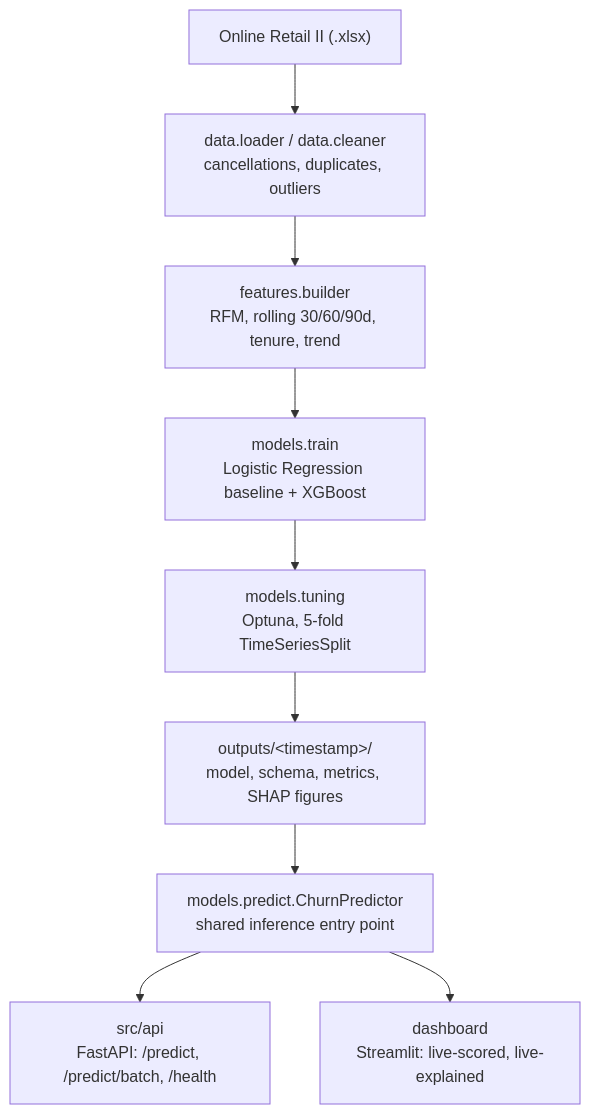
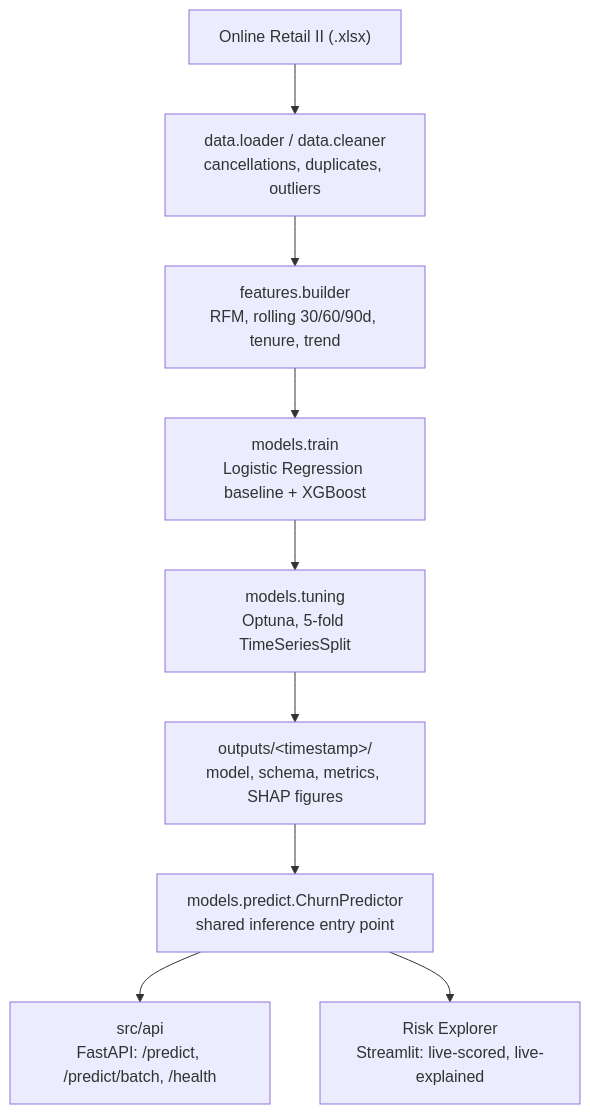
The diagram in README.md (shreya12836/revenue-risk-engine), drawn with Mermaid before and after one commit. The commit also changed other lines of this file, not shown here.

First line of the commit message:
docs: restructure README to bullets and rename dashboard to Risk Explorer

````diff
--- a/README.md
+++ b/README.md
@@ -27,11 +32,11 @@
 ```mermaid
 flowchart TD
     A["Online Retail II (.xlsx)"] --> B["data.loader / data.cleaner\ncancellations, duplicates, outliers"]
     B --> C["features.builder\nRFM, rolling 30/60/90d, tenure, trend"]
     C --> D["models.train\nLogistic Regression baseline + XGBoost"]
     D --> E["models.tuning\nOptuna, 5-fold TimeSeriesSplit"]
     E --> F["outputs/&lt;timestamp&gt;/\nmodel, schema, metrics, SHAP figures"]
     F --> G["models.predict.ChurnPredictor\nshared inference entry point"]
     G --> H["src/api\nFastAPI: /predict, /predict/batch, /health"]
-    G --> I["dashboard\nStreamlit: live-scored, live-explained"]
+    G --> I["Risk Explorer\nStreamlit: live-scored, live-explained"]
 ```
````
